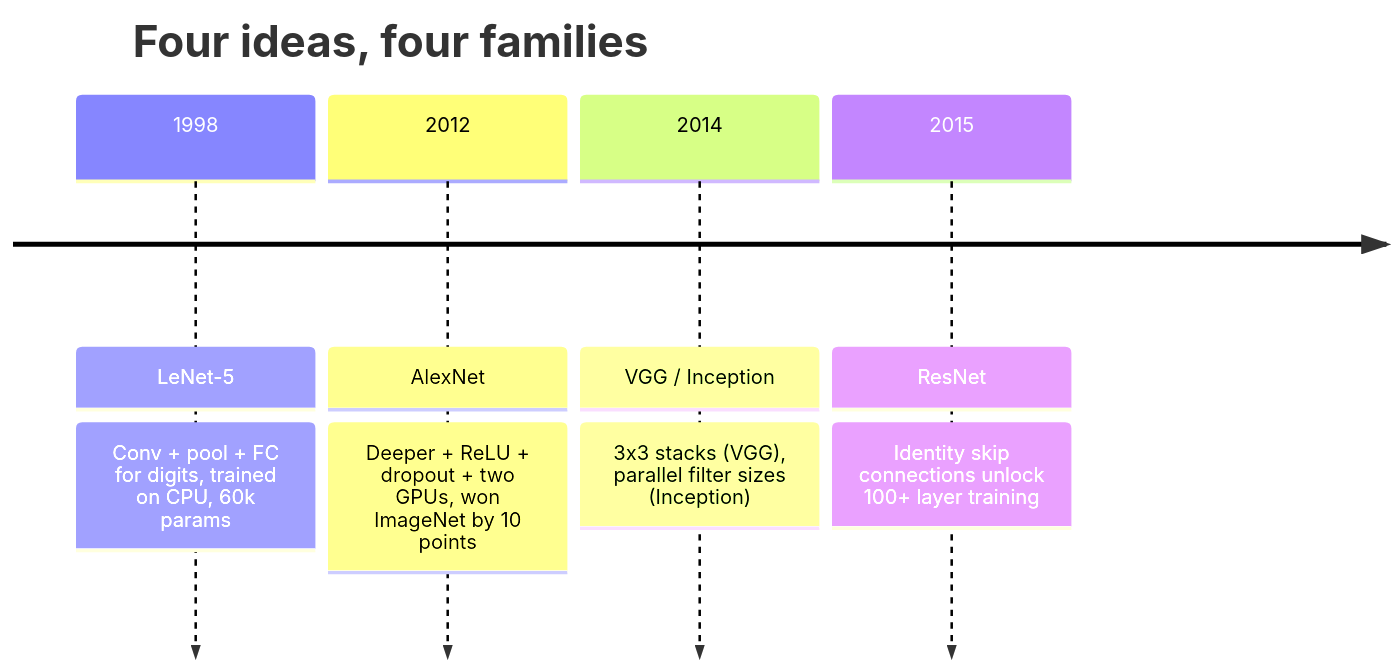
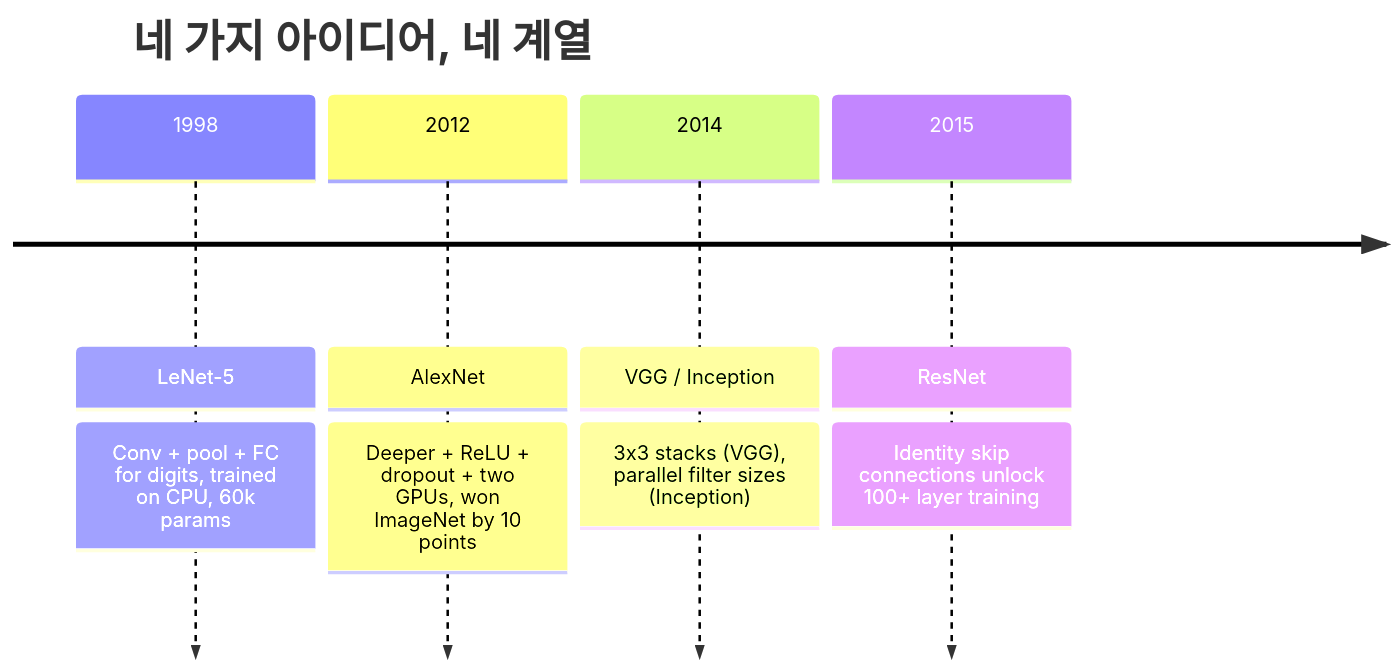
Before and after one commit to ChoBazzi/ai-engineering-from-scratch: the first of 3 diagrams in phases/04-computer-vision/03-cnns-lenet-to-resnet/docs/en.md, drawn with Mermaid. The commit also changed other lines of this file and 868 other files, not shown here.

````diff
--- a/phases/04-computer-vision/03-cnns-lenet-to-resnet/docs/en.md
+++ b/phases/04-computer-vision/03-cnns-lenet-to-resnet/docs/en.md
@@ -27,8 +27,8 @@
 ```mermaid
 timeline
-    title Four ideas, four families
+    title 네 가지 아이디어, 네 계열
     1998 : LeNet-5 : Conv + pool + FC for digits, trained on CPU, 60k params
     2012 : AlexNet : Deeper + ReLU + dropout + two GPUs, won ImageNet by 10 points
     2014 : VGG / Inception : 3x3 stacks (VGG), parallel filter sizes (Inception)
     2015 : ResNet : Identity skip connections unlock 100+ layer training
 ```
````
